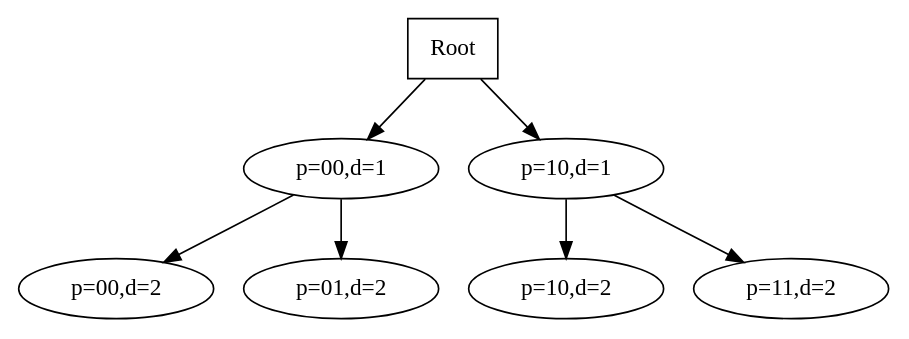
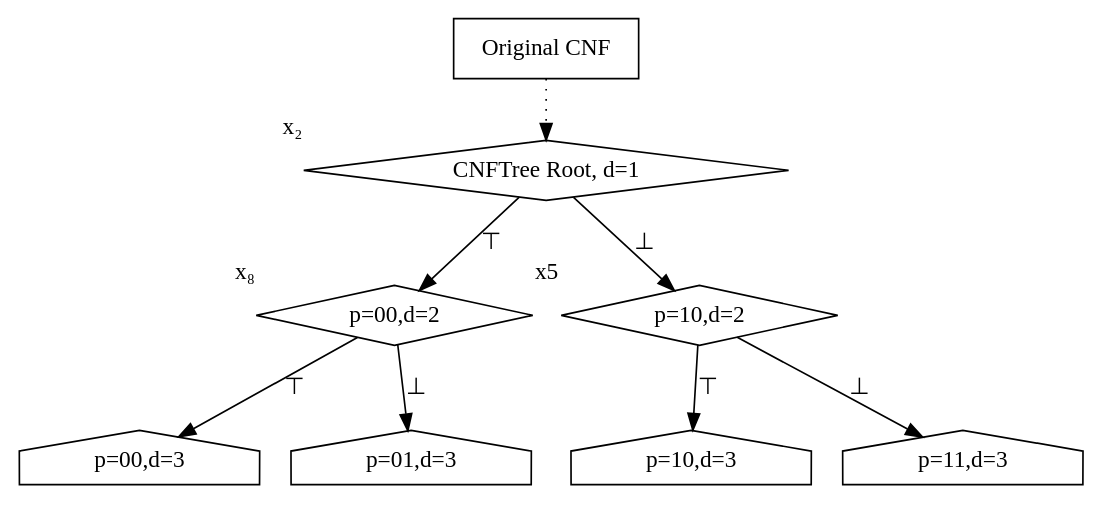
The diagram in paracuber/doc/dot/cnftree-schematic.dot (maximaximal/Paracooba), drawn with Graphviz before and after one commit. The commit also changed 16 other files, not shown here.

Commit message:
Change architecture of the CNFTree concept to make more sense.

```diff
--- a/paracuber/doc/dot/cnftree-schematic.dot
+++ b/paracuber/doc/dot/cnftree-schematic.dot
@@ -1,15 +1,24 @@
 digraph {
   {
-    node [shape=box] "Root";
+    node [shape=box] "Original CNF";
+    node [shape=diamond, xlabel = "x₂"] "CNFTree Root, d=1";
+    node [xlabel = "x₈"] "p=00,d=2";
+    node [xlabel = "x5"] "p=10,d=2";
   }
 
-  "Root" -> "p=00,d=1";
-  "Root" -> "p=10,d=1";
+  "Original CNF" -> "CNFTree Root, d=1" [style = "dotted"];
 
+  "CNFTree Root, d=1" -> "p=00,d=2" [label = "⊤"];
+  "CNFTree Root, d=1" -> "p=10,d=2" [label = "⊥"];
 
-  "p=00,d=1" -> "p=00,d=2";
-  "p=00,d=1" -> "p=01,d=2";
+  "p=00,d=3" [shape = "house"];
+  "p=01,d=3" [shape = "house"];
+  "p=10,d=3" [shape = "house"];
+  "p=11,d=3" [shape = "house"];
 
-  "p=10,d=1" -> "p=10,d=2";
-  "p=10,d=1" -> "p=11,d=2";
+  "p=00,d=2" -> "p=00,d=3" [label = "⊤"];
+  "p=00,d=2" -> "p=01,d=3" [label = "⊥"];
+
+  "p=10,d=2" -> "p=10,d=3" [label = "⊤"];
+  "p=10,d=2" -> "p=11,d=3" [label = "⊥"];
 }
```
